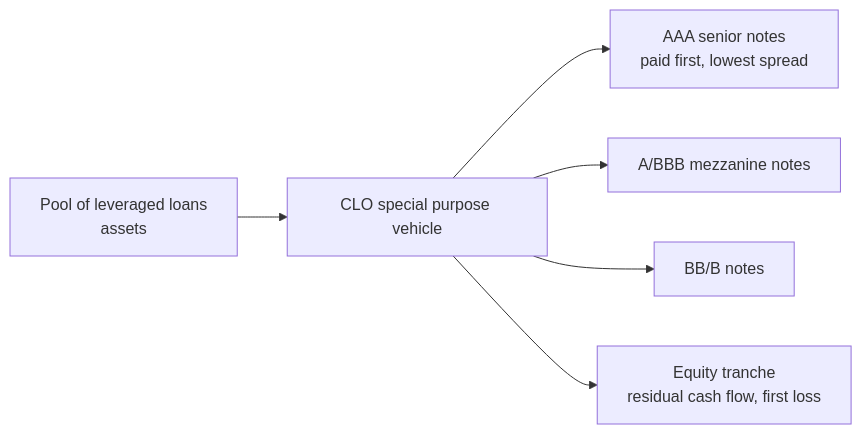
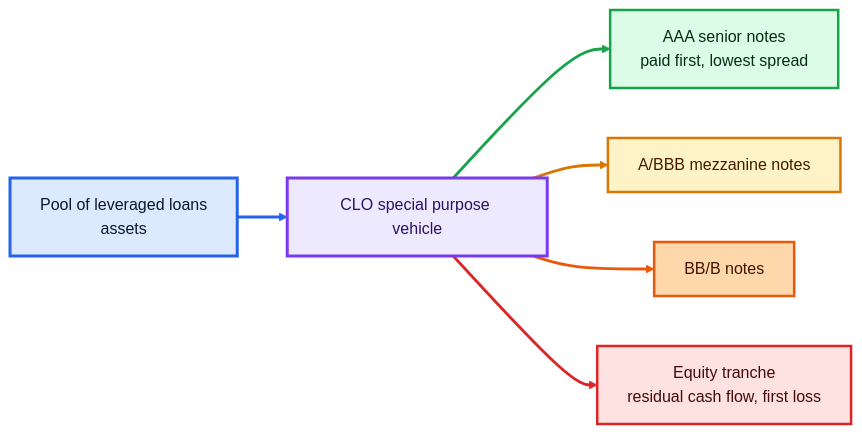
One commit to AliBoloor/BUS411 changed the eighth of 8 diagrams in lecture_notes/lec5.qmd. Above: the diagram before and after it, drawn with Mermaid. The commit also changed other lines of this file and 5 other files, not shown here.

````diff
--- a/lecture_notes/lec5.qmd
+++ b/lecture_notes/lec5.qmd
@@ -733,8 +1026,26 @@
 ```{mermaid}
+%%{init: {"theme": "base", "themeVariables": {"fontFamily": "Inter, Arial, sans-serif", "lineColor": "#64748b"}}}%%
 flowchart LR
   A["Pool of leveraged loans<br/>assets"] --> B["CLO special purpose vehicle"]
   B --> C["AAA senior notes<br/>paid first, lowest spread"]
   B --> D["A/BBB mezzanine notes"]
   B --> E["BB/B notes"]
   B --> F["Equity tranche<br/>residual cash flow, first loss"]
+  classDef assets fill:#dbeafe,stroke:#2563eb,stroke-width:3px,color:#0f172a;
+  classDef vehicle fill:#ede9fe,stroke:#7c3aed,stroke-width:3px,color:#2e1065;
+  classDef senior fill:#dcfce7,stroke:#16a34a,stroke-width:2.5px,color:#052e16;
+  classDef mezz fill:#fef3c7,stroke:#d97706,stroke-width:2.5px,color:#451a03;
+  classDef junior fill:#fed7aa,stroke:#ea580c,stroke-width:2.5px,color:#431407;
+  classDef equity fill:#fee2e2,stroke:#dc2626,stroke-width:2.5px,color:#450a0a;
+  class A assets;
+  class B vehicle;
+  class C senior;
+  class D mezz;
+  class E junior;
+  class F equity;
+  linkStyle 0 stroke:#2563eb,stroke-width:3px;
+  linkStyle 1 stroke:#16a34a,stroke-width:2.8px;
+  linkStyle 2 stroke:#d97706,stroke-width:2.8px;
+  linkStyle 3 stroke:#ea580c,stroke-width:2.8px;
+  linkStyle 4 stroke:#dc2626,stroke-width:2.8px;
 ```
````
